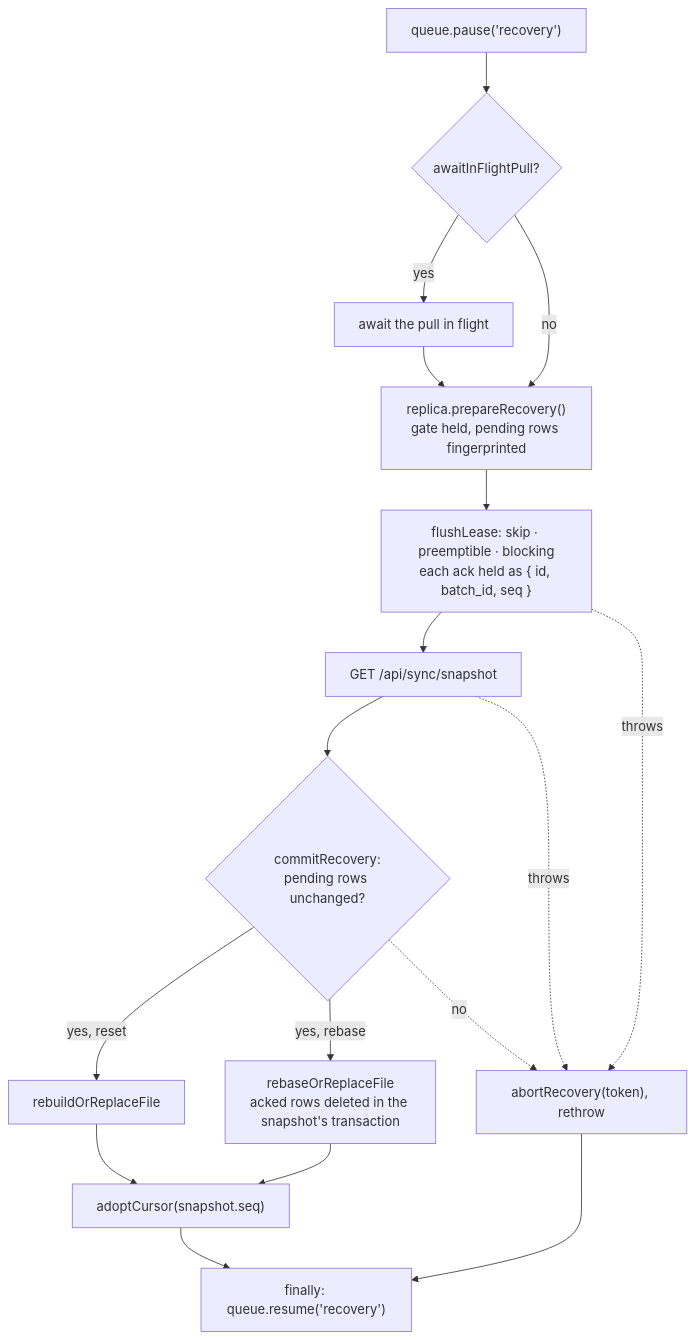
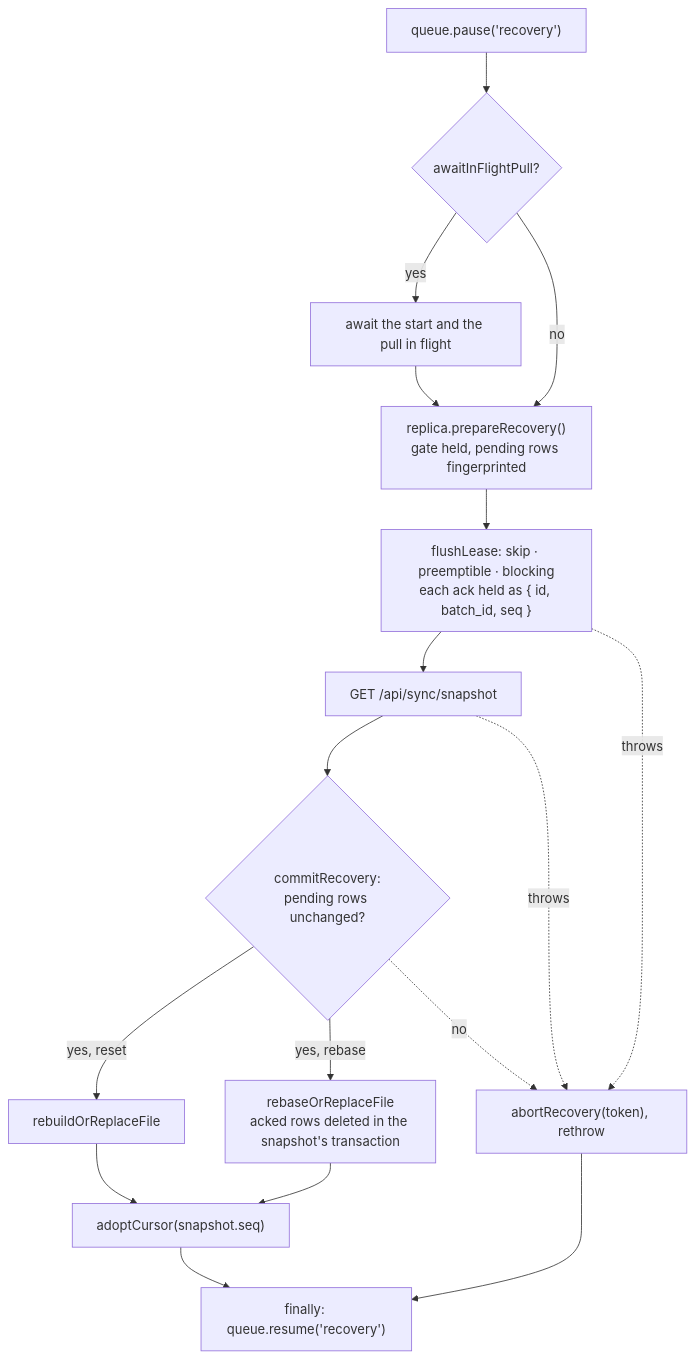
One commit to ArthurClune/pkm-system changed the second of 2 diagrams in docs/architecture/sync-recovery.md. Above: the diagram before and after it, drawn with Mermaid. The commit also changed other lines of this file, not shown here.

First line of the commit message:
docs: corrected sync-recovery.md no-replica entries, close() re-arm, db() users, runRecovery start (pkm-rmdl)

````diff
--- a/docs/architecture/sync-recovery.md
+++ b/docs/architecture/sync-recovery.md
@@ -314,18 +315,18 @@
 ```mermaid
 flowchart TD
     P["queue.pause('recovery')"] --> AW{"awaitInFlightPull?"}
-    AW -->|yes| WP["await the pull in flight"] --> L
+    AW -->|yes| WP["await the start and the pull in flight"] --> L
     AW -->|no| L["replica.prepareRecovery()<br/>gate held, pending rows fingerprinted"]
     L --> F["flushLease: skip · preemptible · blocking<br/>each ack held as { id, batch_id, seq }"]
     F --> S["GET /api/sync/snapshot"]
     S --> C{"commitRecovery:<br/>pending rows unchanged?"}
     C -->|"yes, reset"| RB["rebuildOrReplaceFile"]
     C -->|"yes, rebase"| RS["rebaseOrReplaceFile<br/>acked rows deleted in the snapshot's transaction"]
     RB --> OK["adoptCursor(snapshot.seq)"]
     RS --> OK
     C -.->|no| AB["abortRecovery(token), rethrow"]
     F -.->|throws| AB
     S -.->|throws| AB
     OK --> R["finally: queue.resume('recovery')"]
     AB --> R
 ```
````
